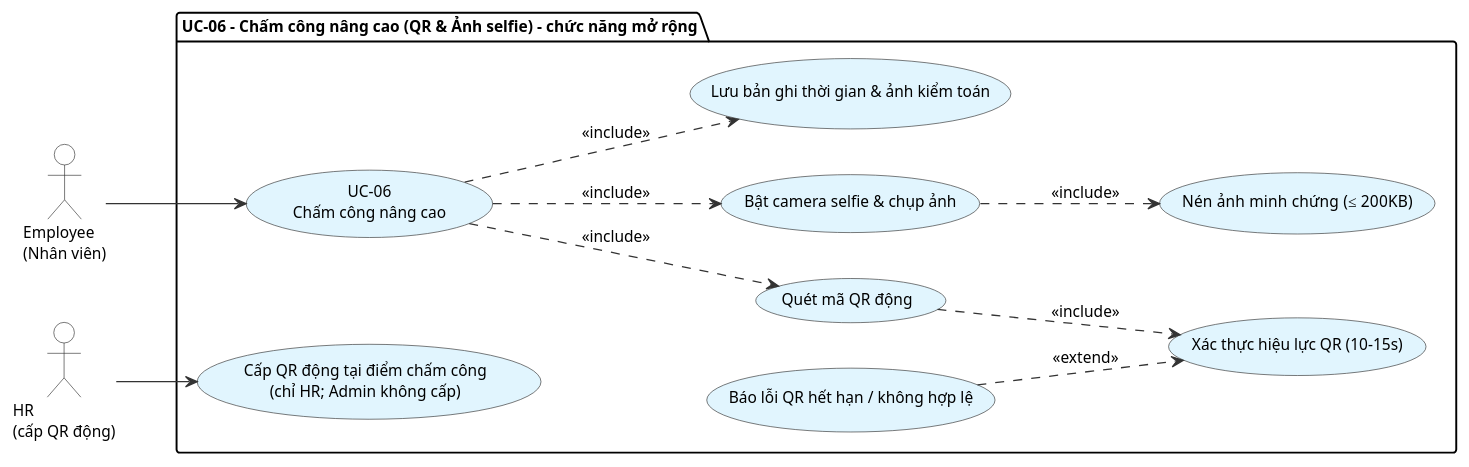
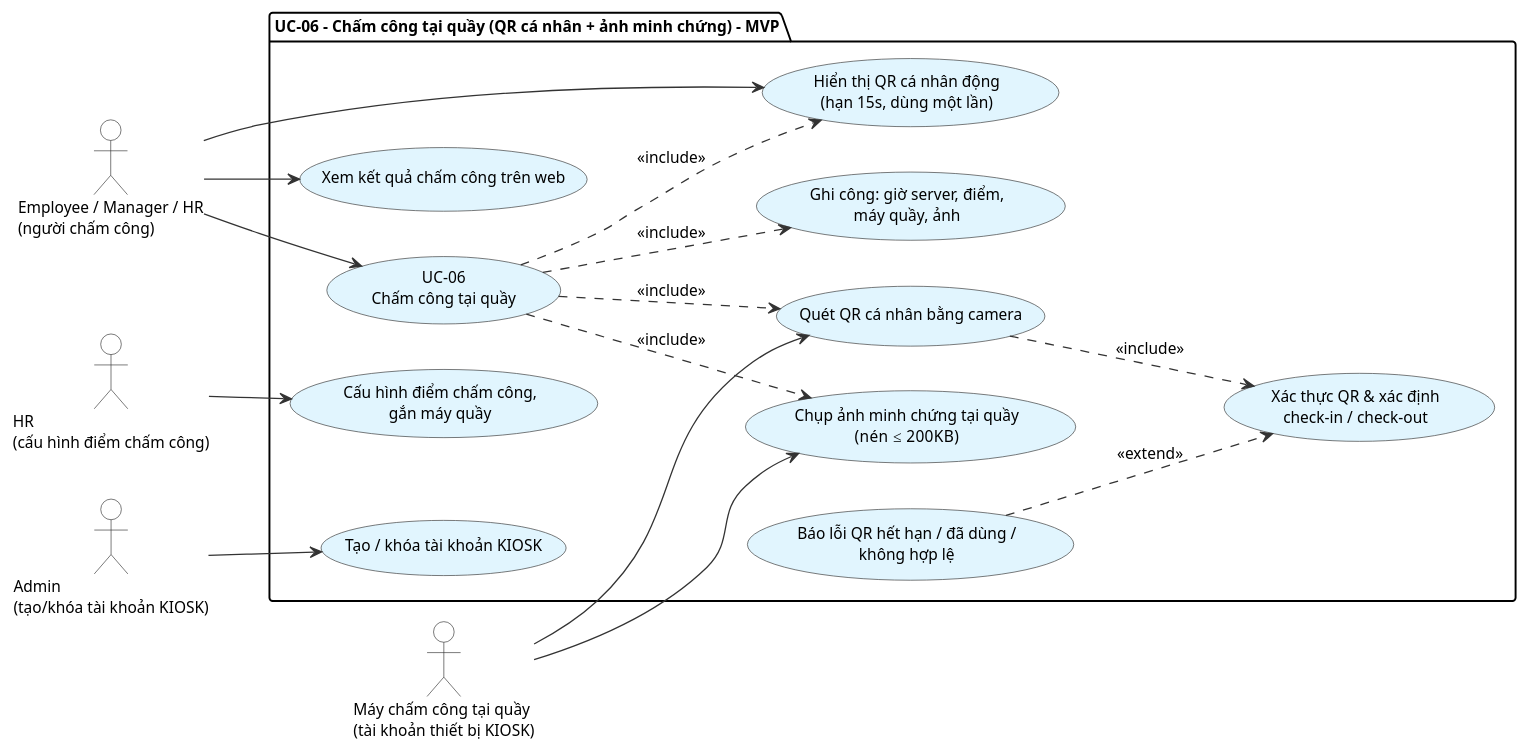
Before and after one commit to gihan160306/HRFlow: the diagram in docs/uml/usecase/uc06_qr_attendance.puml, drawn with PlantUML. The commit also changed 32 other files, not shown here.

```diff
--- a/docs/uml/usecase/uc06_qr_attendance.puml
+++ b/docs/uml/usecase/uc06_qr_attendance.puml
@@ -1,52 +1,61 @@
 @startuml uc06_qr_attendance
 skinparam defaultFontColor #000000
 skinparam defaultFontSize 12
 skinparam backgroundColor #FFFFFF
 
 skinparam actor {
     BorderColor #333333
     BackgroundColor #FFFFFF
     FontColor #000000
 }
 
 skinparam usecase {
     BorderColor #333333
     BackgroundColor #E1F5FE
     FontColor #000000
     ArrowColor #333333
     ArrowFontColor #000000
 }
 
 skinparam package {
     BorderColor #000000
     FontColor #000000
     BackgroundColor #FFFFFF
 }
 
 left to right direction
 
-actor "Employee\n(Nhân viên)" as Employee
-actor "HR\n(cấp QR động)" as HR
+actor "Employee / Manager / HR\n(người chấm công)" as Employee
+actor "Máy chấm công tại quầy\n(tài khoản thiết bị KIOSK)" as Kiosk
+actor "HR\n(cấu hình điểm chấm công)" as HR
+actor "Admin\n(tạo/khóa tài khoản KIOSK)" as Admin
 
-package "UC-06 - Chấm công nâng cao (QR & Ảnh selfie) – chức năng mở rộng" {
-    usecase "Cấp QR động tại điểm chấm công\n(chỉ HR; Admin không cấp)" as UC_Issue
-    usecase "UC-06\nChấm công nâng cao" as UC06
-    usecase "Quét mã QR động" as UC_Scan
-    usecase "Xác thực hiệu lực QR (10-15s)" as UC_AuthQR
-    usecase "Bật camera selfie & chụp ảnh" as UC_Selfie
-    usecase "Nén ảnh minh chứng (≤ 200KB)" as UC_Compress
-    usecase "Lưu bản ghi thời gian & ảnh kiểm toán" as UC_Save
-    usecase "Báo lỗi QR hết hạn / không hợp lệ" as UC_ErrQR
+package "UC-06 - Chấm công tại quầy (QR cá nhân + ảnh minh chứng) – MVP" {
+    usecase "UC-06\nChấm công tại quầy" as UC06
+    usecase "Hiển thị QR cá nhân động\n(hạn 15s, dùng một lần)" as UC_MyQr
+    usecase "Quét QR cá nhân bằng camera" as UC_Scan
+    usecase "Xác thực QR & xác định\ncheck-in / check-out" as UC_AuthQR
+    usecase "Chụp ảnh minh chứng tại quầy\n(nén ≤ 200KB)" as UC_Photo
+    usecase "Ghi công: giờ server, điểm,\nmáy quầy, ảnh" as UC_Save
+    usecase "Xem kết quả chấm công trên web" as UC_View
+    usecase "Báo lỗi QR hết hạn / đã dùng /\nkhông hợp lệ" as UC_ErrQR
+    usecase "Cấu hình điểm chấm công,\ngắn máy quầy" as UC_Point
+    usecase "Tạo / khóa tài khoản KIOSK" as UC_Account
 }
 
 Employee --> UC06
-HR --> UC_Issue
+Employee --> UC_MyQr
+Employee --> UC_View
+Kiosk --> UC_Scan
+Kiosk --> UC_Photo
+HR --> UC_Point
+Admin --> UC_Account
 
+UC06 ..> UC_MyQr : <<include>>
 UC06 ..> UC_Scan : <<include>>
 UC_Scan ..> UC_AuthQR : <<include>>
-UC06 ..> UC_Selfie : <<include>>
-UC_Selfie ..> UC_Compress : <<include>>
+UC06 ..> UC_Photo : <<include>>
 UC06 ..> UC_Save : <<include>>
 UC_ErrQR ..> UC_AuthQR : <<extend>>
 
 @enduml
```
